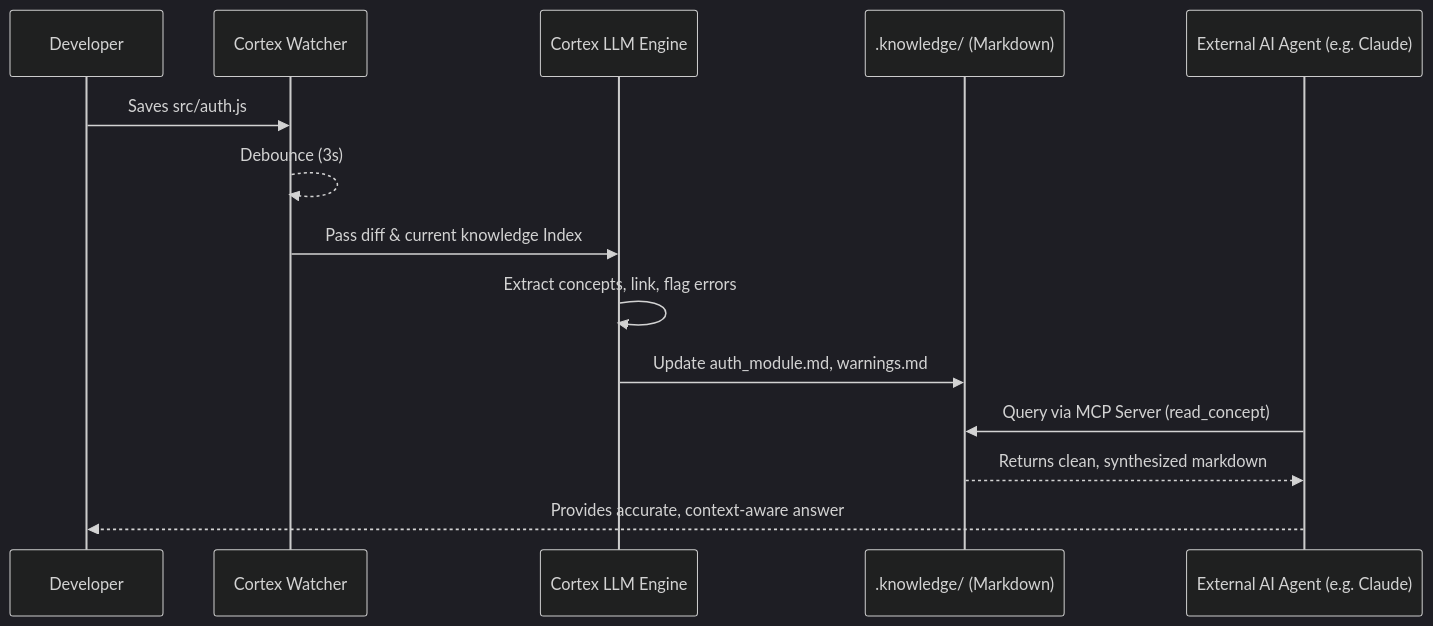
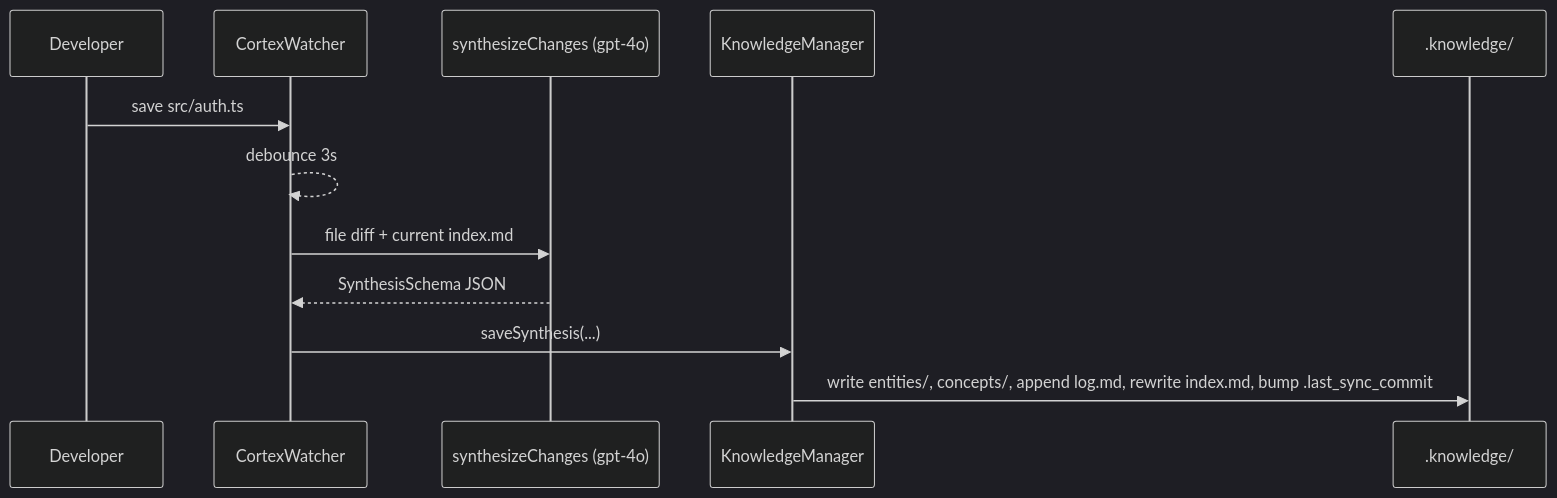
Before and after one commit to developer-metalhead/LLM-Cortex: the first of 2 diagrams in ARCHITECTURE.md, drawn with Mermaid (dark theme). The commit also changed other lines of this file and 23 other files, not shown here.

````diff
--- a/ARCHITECTURE.md
+++ b/ARCHITECTURE.md
@@ -37,20 +64,15 @@
 ```mermaid
 sequenceDiagram
     participant Dev as Developer
-    participant Watcher as Cortex Watcher
-    participant LLM as Cortex LLM Engine
-    participant knowledge as .knowledge/ (Markdown)
-    participant Agent as External AI Agent (e.g. Claude)
+    participant Watcher as CortexWatcher
+    participant LLM as synthesizeChanges (gpt-4o)
+    participant KM as KnowledgeManager
+    participant FS as .knowledge/
 
-    %% Ingestion Flow
-    Dev->>Watcher: Saves src/auth.js
-    Watcher-->>Watcher: Debounce (3s)
-    Watcher->>LLM: Pass diff & current knowledge Index
-    LLM->>LLM: Extract concepts, link, flag errors
-    LLM->>knowledge: Update auth_module.md, warnings.md
-    
-    %% Query Flow
-    Agent->>knowledge: Query via MCP Server (read_concept)
-    knowledge-->>Agent: Returns clean, synthesized markdown
-    Agent-->>Dev: Provides accurate, context-aware answer
+    Dev->>Watcher: save src/auth.ts
+    Watcher-->>Watcher: debounce 3s
+    Watcher->>LLM: file diff + current index.md
+    LLM-->>Watcher: SynthesisSchema JSON
+    Watcher->>KM: saveSynthesis(...)
+    KM->>FS: write entities/, concepts/, append log.md, rewrite index.md, bump .last_sync_commit
 ```
````
